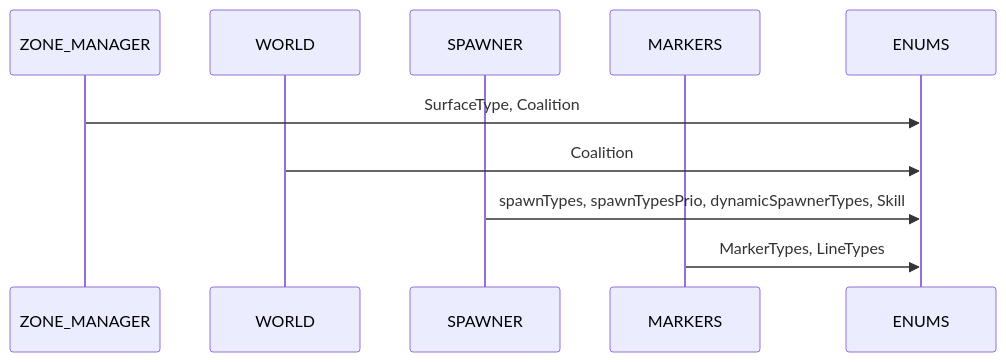
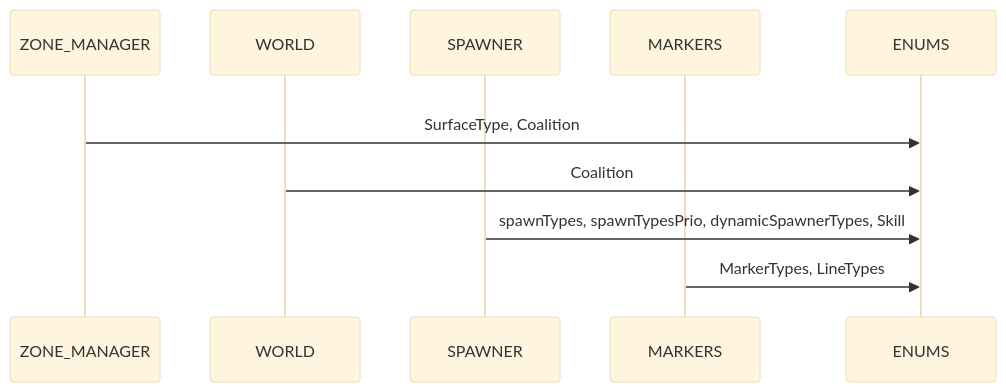
The second of 3 diagrams in docs/enums/README.md (Gh0st352/AETHR), drawn with Mermaid before and after one commit. The commit also changed other lines of this file and 7 other files, not shown here.

First line of the commit message:
docs(enums): add structured mermaid styling and subgraphs

````diff
--- a/docs/enums/README.md
+++ b/docs/enums/README.md
@@ -56,12 +115,16 @@
 ```mermaid
+%%{init: {"theme":"base"}}%%
 sequenceDiagram
   participant ZM as ZONE_MANAGER
   participant W as WORLD
   participant SP as SPAWNER
   participant MK as MARKERS
   participant EN as ENUMS
-  ZM->>EN: SurfaceType, Coalition
-  W->>EN: Coalition
-  SP->>EN: spawnTypes, spawnTypesPrio, dynamicSpawnerTypes, Skill
-  MK->>EN: MarkerTypes, LineTypes
+
+  rect rgba(255, 255, 255, 0.75)
+    ZM->>EN: SurfaceType, Coalition
+    W->>EN: Coalition
+    SP->>EN: spawnTypes, spawnTypesPrio, dynamicSpawnerTypes, Skill
+    MK->>EN: MarkerTypes, LineTypes
+  end
 ```
````
